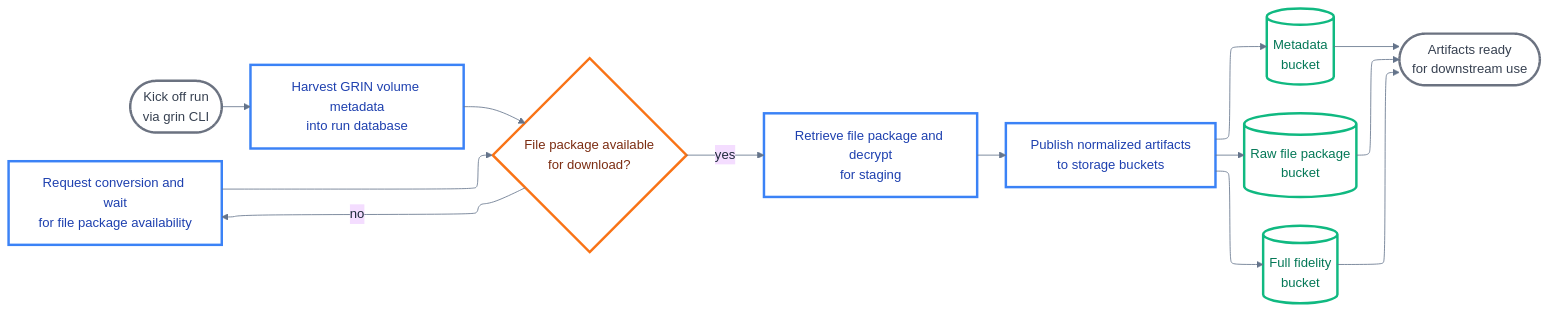
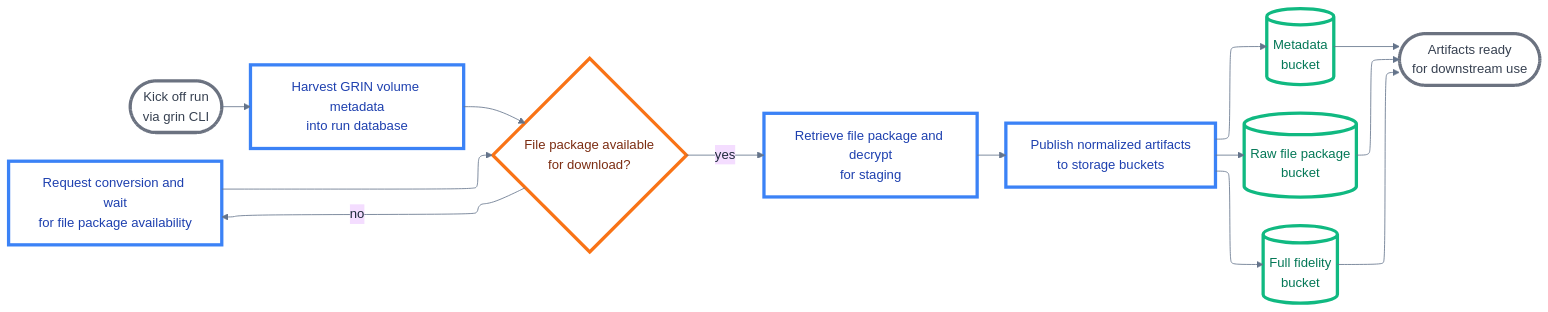
Before and after one commit to institutional/grin-transfer: the diagram in docs/diagrams/lifecycle-summary.mmd, drawn with Mermaid. The commit also changed 19 other files, not shown here.

```diff
--- a/docs/diagrams/lifecycle-summary.mmd
+++ b/docs/diagrams/lifecycle-summary.mmd
@@ -1,19 +1,19 @@
 %%{init: {"theme": "base", "themeVariables": {"primaryTextColor": "#1e293b", "primaryBorderColor": "#475569", "lineColor": "#64748b", "background": "transparent", "mainBkg": "transparent", "secondBkg": "transparent"}, "flowchart": {"defaultRenderer": "elk", "elk": {"elk.direction": "RIGHT"}}}}%%
 flowchart LR
     Start([Kick off run<br/>via grin CLI]):::terminal --> Collect[Harvest GRIN volume metadata<br/>into run database]:::process
     Collect --> Download{File package available<br/>for download?}:::decision
     Download -->|no| Convert[Request conversion and wait<br/>for file package availability]:::process
     Convert --> Download
     Download -->|yes| Retrieve[Retrieve file package and decrypt<br/>for staging]:::process
     Retrieve --> Publish[Publish normalized artifacts<br/>to storage buckets]:::process
     Publish --> Meta[(Metadata<br/>bucket)]:::storage
     Publish --> Raw[(Raw file package<br/>bucket)]:::storage
     Publish --> Full[(Full fidelity<br/>bucket)]:::storage
     Meta --> Complete([Artifacts ready<br/>for downstream use]):::terminal
     Raw --> Complete
     Full --> Complete
 
-    classDef terminal fill:none,stroke:#6b7280,stroke-width:3px,color:#374151
-    classDef process fill:none,stroke:#3b82f6,stroke-width:3px,color:#1e40af
-    classDef storage fill:none,stroke:#10b981,stroke-width:3px,color:#047857
-    classDef decision fill:none,stroke:#f97316,stroke-width:3px,color:#7c2d12
+    classDef terminal fill:none,stroke:#6b7280,stroke-width:4px,color:#374151
+    classDef process fill:none,stroke:#3b82f6,stroke-width:4px,color:#1e40af
+    classDef storage fill:none,stroke:#10b981,stroke-width:4px,color:#047857
+    classDef decision fill:none,stroke:#f97316,stroke-width:4px,color:#7c2d12
```
